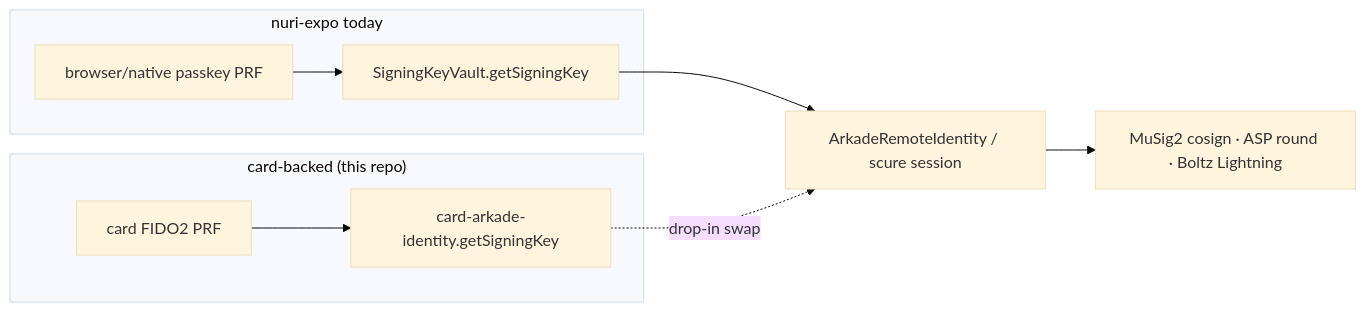
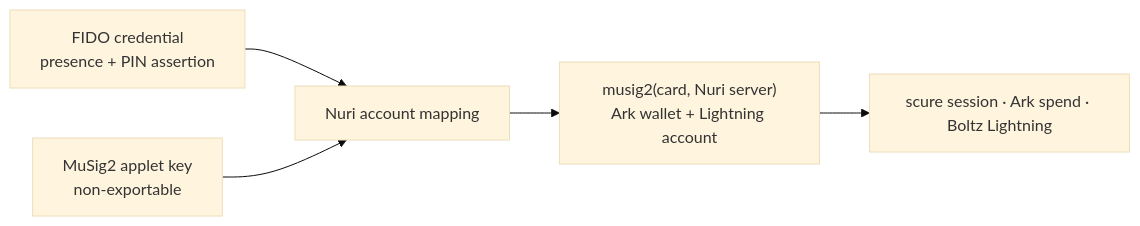
One commit to nuri-com/nuri-passkey-prf-smartcard changed the sixth of 6 diagrams in README.md. Above: the diagram before and after it, drawn with Mermaid (base theme). The commit also changed other lines of this file and 27 other files, not shown here.

Commit message:
fix: align Expo card flow with live protocol

````diff
--- a/README.md
+++ b/README.md
@@ -518,12 +521,7 @@
 ```mermaid
 flowchart LR
-  subgraph Phone["nuri-expo today"]
-    Browser["browser/native passkey PRF"] --> Vault["SigningKeyVault.getSigningKey"]
-  end
-  subgraph Card["card-backed (this repo)"]
-    CardPRF["card FIDO2 PRF"] --> CardId["card-arkade-identity.getSigningKey"]
-  end
-  Vault --> Tree["ArkadeRemoteIdentity / scure session"]
-  CardId -.->|"drop-in swap"| Tree
-  Tree --> Out["MuSig2 cosign · ASP round · Boltz Lightning"]
+  Credential["FIDO credential<br/>presence + PIN assertion"] --> Mapping["Nuri account mapping"]
+  CardKey["MuSig2 applet key<br/>non-exportable"] --> Mapping
+  Mapping --> Wallet["musig2(card, Nuri server)<br/>Ark wallet + Lightning account"]
+  Wallet --> Send["scure session · Ark spend · Boltz Lightning"]
 ```
````
